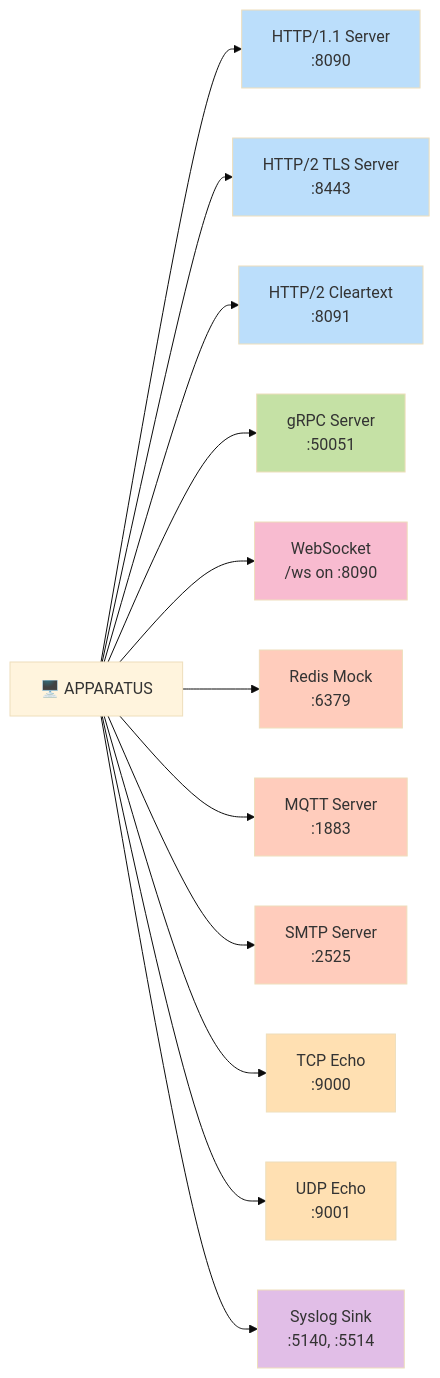
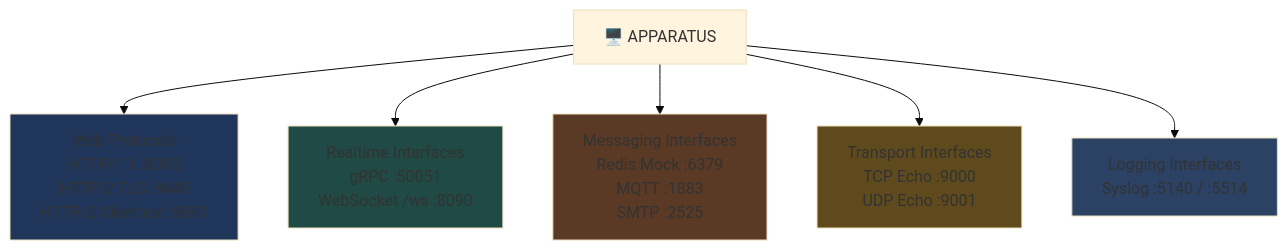
The diagram in docs/assets/diagrams/diagram-6-protocol-servers.mmd (NickCrew/Apparatus), drawn with Mermaid (base theme) before and after one commit. The commit also changed 36 other files, not shown here.

First line of the commit message:
docs(assets): add and update diagram assets for documentation

```diff
--- a/docs/assets/diagrams/diagram-6-protocol-servers.mmd
+++ b/docs/assets/diagrams/diagram-6-protocol-servers.mmd
@@ -1,26 +1,14 @@
-graph LR
+graph TB
     Apparatus["🖥️ APPARATUS"]
 
-    Apparatus --> HTTP1["HTTP/1.1 Server<br/>:8090"]
-    Apparatus --> HTTP2["HTTP/2 TLS Server<br/>:8443"]
-    Apparatus --> h2c["HTTP/2 Cleartext<br/>:8091"]
-    Apparatus --> gRPC["gRPC Server<br/>:50051"]
-    Apparatus --> WS["WebSocket<br/>/ws on :8090"]
-    Apparatus --> Redis["Redis Mock<br/>:6379"]
-    Apparatus --> MQTT["MQTT Server<br/>:1883"]
-    Apparatus --> SMTP["SMTP Server<br/>:2525"]
-    Apparatus --> TCP["TCP Echo<br/>:9000"]
-    Apparatus --> UDP["UDP Echo<br/>:9001"]
-    Apparatus --> Syslog["Syslog Sink<br/>:5140, :5514"]
+    Apparatus --> Web["Web Protocols<br/>HTTP/1.1 :8090<br/>HTTP/2 TLS :8443<br/>HTTP/2 Cleartext :8091"]
+    Apparatus --> Realtime["Realtime Interfaces<br/>gRPC :50051<br/>WebSocket /ws :8090"]
+    Apparatus --> Messaging["Messaging Interfaces<br/>Redis Mock :6379<br/>MQTT :1883<br/>SMTP :2525"]
+    Apparatus --> Transport["Transport Interfaces<br/>TCP Echo :9000<br/>UDP Echo :9001"]
+    Apparatus --> Logging["Logging Interfaces<br/>Syslog :5140 / :5514"]
 
-    style HTTP1 fill:#bbdefb
-    style HTTP2 fill:#bbdefb
-    style h2c fill:#bbdefb
-    style gRPC fill:#c5e1a5
-    style WS fill:#f8bbd0
-    style Redis fill:#ffccbc
-    style MQTT fill:#ffccbc
-    style SMTP fill:#ffccbc
-    style TCP fill:#ffe0b2
-    style UDP fill:#ffe0b2
-    style Syslog fill:#e1bee7
+    style Web fill:#1f365a
+    style Realtime fill:#1f4a45
+    style Messaging fill:#5a3a24
+    style Transport fill:#5f4a1d
+    style Logging fill:#2b4265
```
